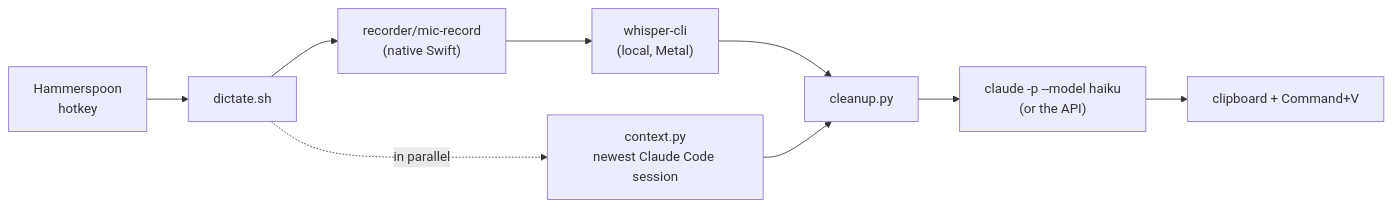
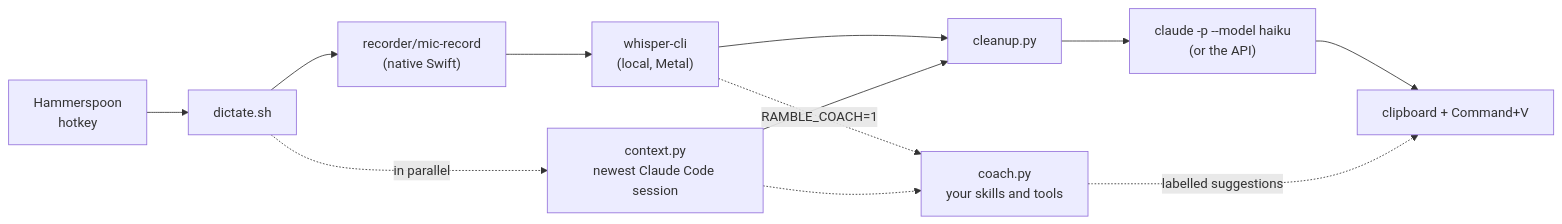
Before and after one commit to lukegeel101/ramble: the diagram in README.md, drawn with Mermaid. The commit also changed other lines of this file and 20 other files, not shown here.

````diff
--- a/README.md
+++ b/README.md
@@ -181,11 +214,14 @@
 ```mermaid
 flowchart LR
     H["Hammerspoon<br/>hotkey"] --> D["dictate.sh"]
     D --> M["recorder/mic-record<br/>(native Swift)"]
     M --> W["whisper-cli<br/>(local, Metal)"]
     D -. "in parallel" .-> X["context.py<br/>newest Claude Code session"]
     W --> C["cleanup.py"]
     X --> C
     C --> L["claude -p --model haiku<br/>(or the API)"]
     L --> P["clipboard + Command+V"]
+    W -. "RAMBLE_COACH=1" .-> K["coach.py<br/>your skills and tools"]
+    X -.-> K
+    K -. "labelled suggestions" .-> P
 ```
````
